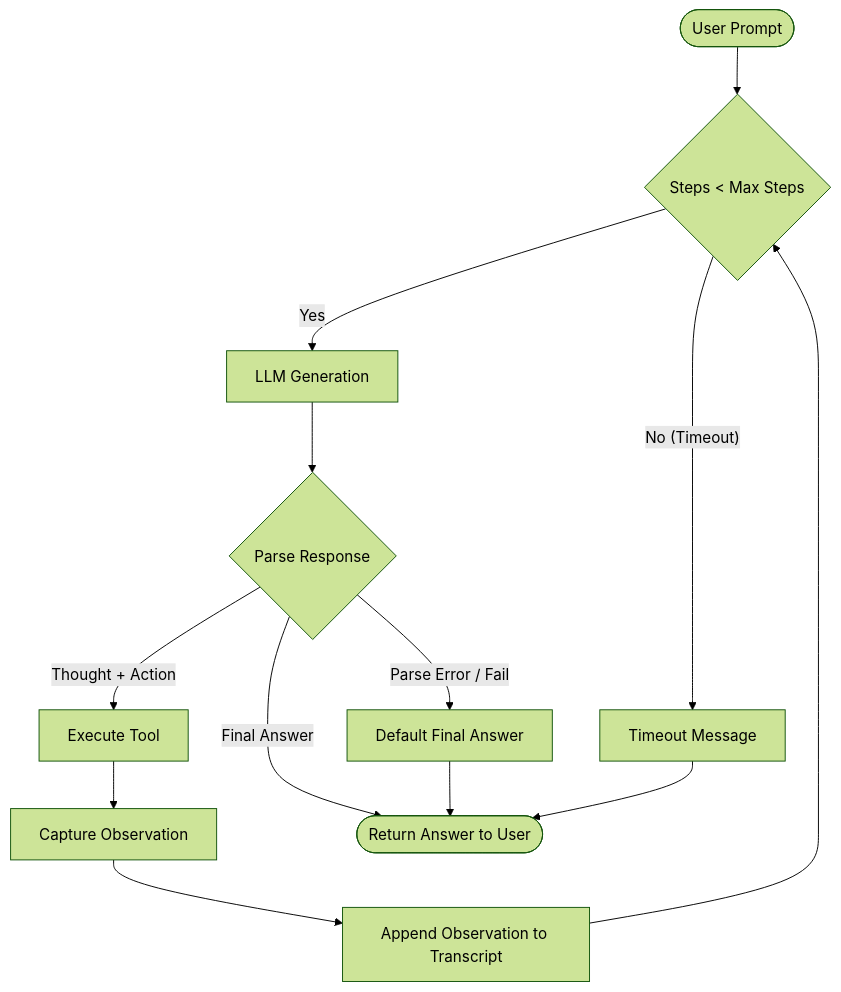
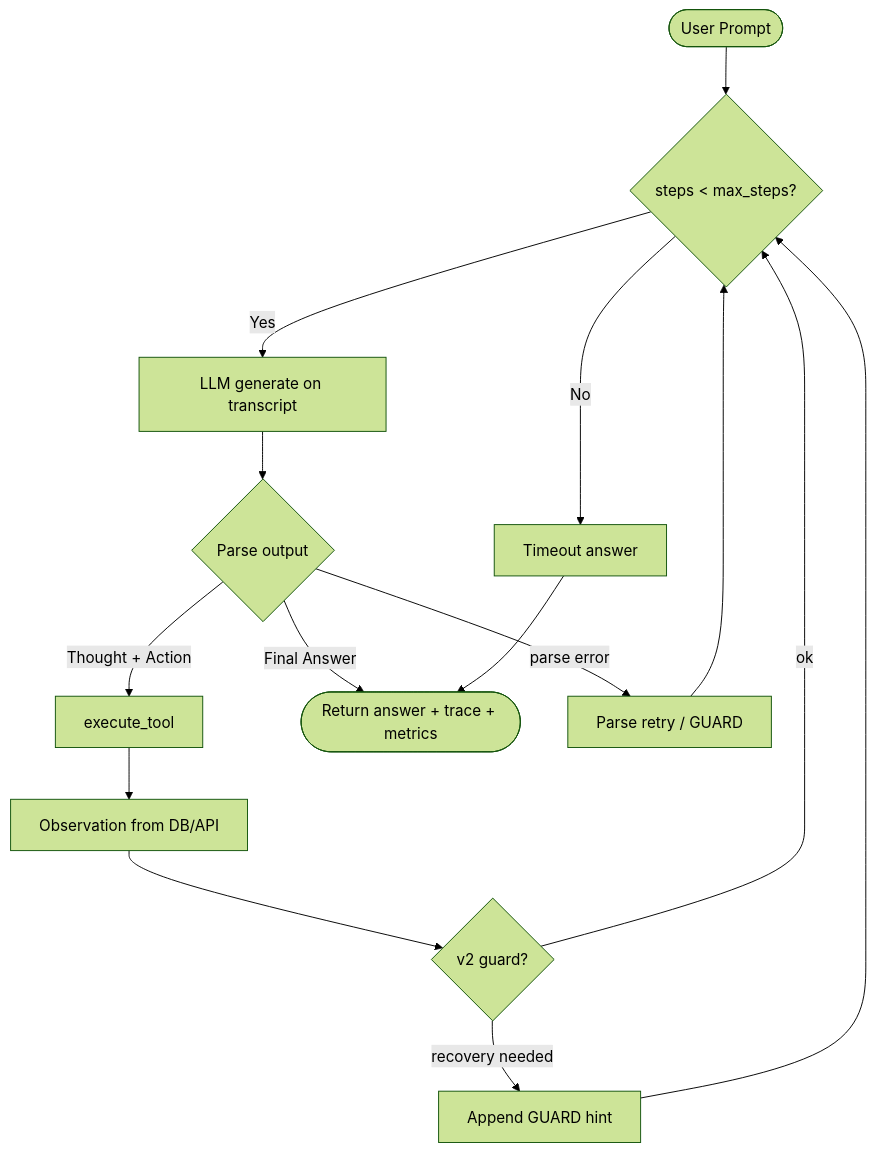
Before and after one commit to luythoangduy/Lab3_teamA2: the second of 2 diagrams in report/group_report/GROUP_REPORT_TeamA2.md, drawn with Mermaid (forest theme). The commit also changed other lines of this file and 1 other file, not shown here.

````diff
--- a/report/group_report/GROUP_REPORT_TeamA2.md
+++ b/report/group_report/GROUP_REPORT_TeamA2.md
@@ -24,18 +97,17 @@
 ```mermaid
 graph TD
-    User([User Prompt]) --> Loop{Steps < Max Steps}
-    Loop -- Yes --> Generate[LLM Generation]
-    Generate --> Parse{Parse Response}
-    
-    Parse -- Thought + Action --> Execute[Execute Tool]
-    Execute --> Obs[Capture Observation]
-    Obs --> Feedback[Append Observation to Transcript]
-    Feedback --> Loop
-    
-    Parse -- Final Answer --> Return([Return Answer to User])
-    Parse -- Parse Error / Fail --> Fallback[Default Final Answer]
-    Fallback --> Return
-    
-    Loop -- No (Timeout) --> Timeout[Timeout Message]
-    Timeout --> Return
+    User([User Prompt]) --> Loop{steps < max_steps?}
+    Loop -- Yes --> Gen[LLM generate on transcript]
+    Gen --> Parse{Parse output}
+    Parse -- Thought + Action --> Exec[execute_tool]
+    Exec --> Obs[Observation from DB/API]
+    Obs --> V2{v2 guard?}
+    V2 -- recovery needed --> Guard[Append GUARD hint]
+    Guard --> Loop
+    V2 -- ok --> Loop
+    Parse -- Final Answer --> Out([Return answer + trace + metrics])
+    Parse -- parse error --> Retry[Parse retry / GUARD]
+    Retry --> Loop
+    Loop -- No --> Timeout[Timeout answer]
+    Timeout --> Out
 ```
````
